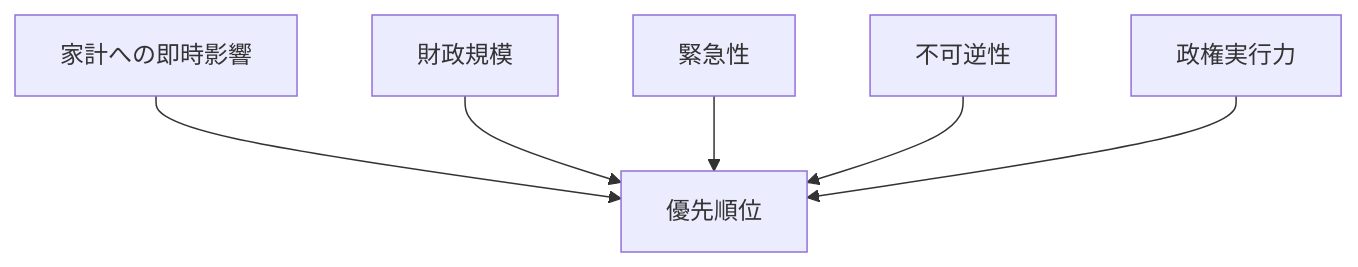
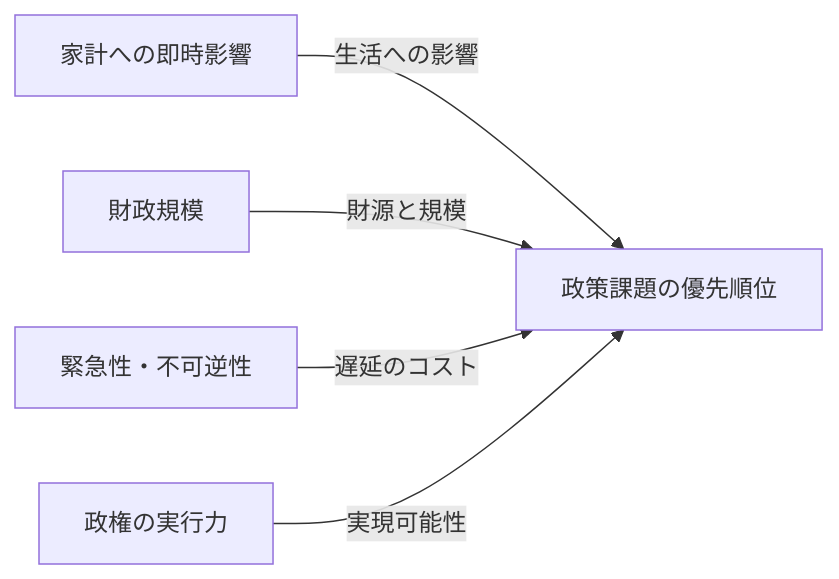
One commit to daylight55/research changed the diagram in articles/report/japan-national-politics-current-issues/ja/index.mdx. Above: the diagram before and after it, drawn with Mermaid. The commit also changed 181 other files, not shown here.

First line of the commit message:
全記事の図解368点を再生成し、共通注意書きを削除 (#402)

````diff
--- a/articles/report/japan-national-politics-current-issues/ja/index.mdx
+++ b/articles/report/japan-national-politics-current-issues/ja/index.mdx
@@ -35,8 +35,14 @@
 ```mermaid
-flowchart TD
-  A["家計への即時影響"] --> R["優先順位"]
-  B["財政規模"] --> R
-  C["緊急性"] --> R
-  D["不可逆性"] --> R
-  E["政権実行力"] --> R
+flowchart LR
+  accTitle: 日本の政策課題を優先順位で比較する
+  accDescr: 家計への即時影響、財政規模、緊急性、不可逆性、政権の実行力を評価軸にする。矢印は因果ではなく判断材料を示す。
+  N0["家計への即時影響"]
+  N1["財政規模"]
+  N2["緊急性・不可逆性"]
+  N3["政権の実行力"]
+  N4["政策課題の優先順位"]
+  N0 -->|生活への影響| N4
+  N1 -->|財源と規模| N4
+  N2 -->|遅延のコスト| N4
+  N3 -->|実現可能性| N4
 ```
````
